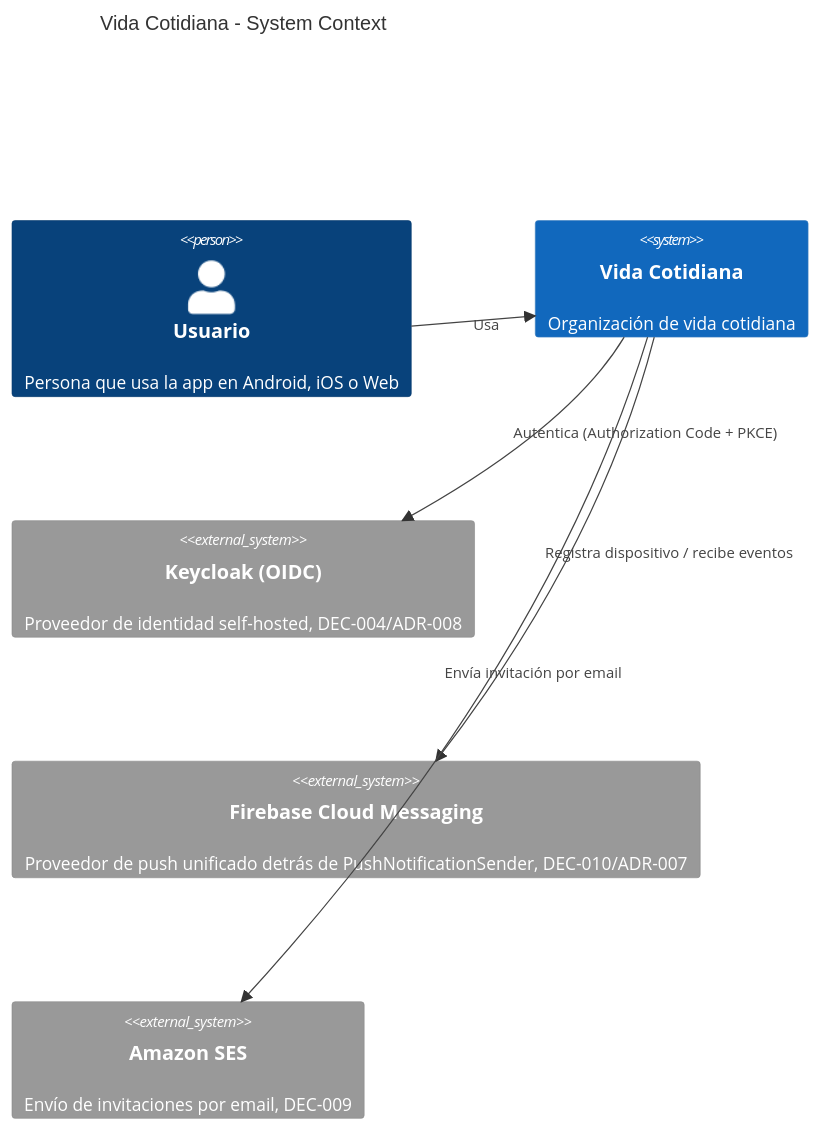
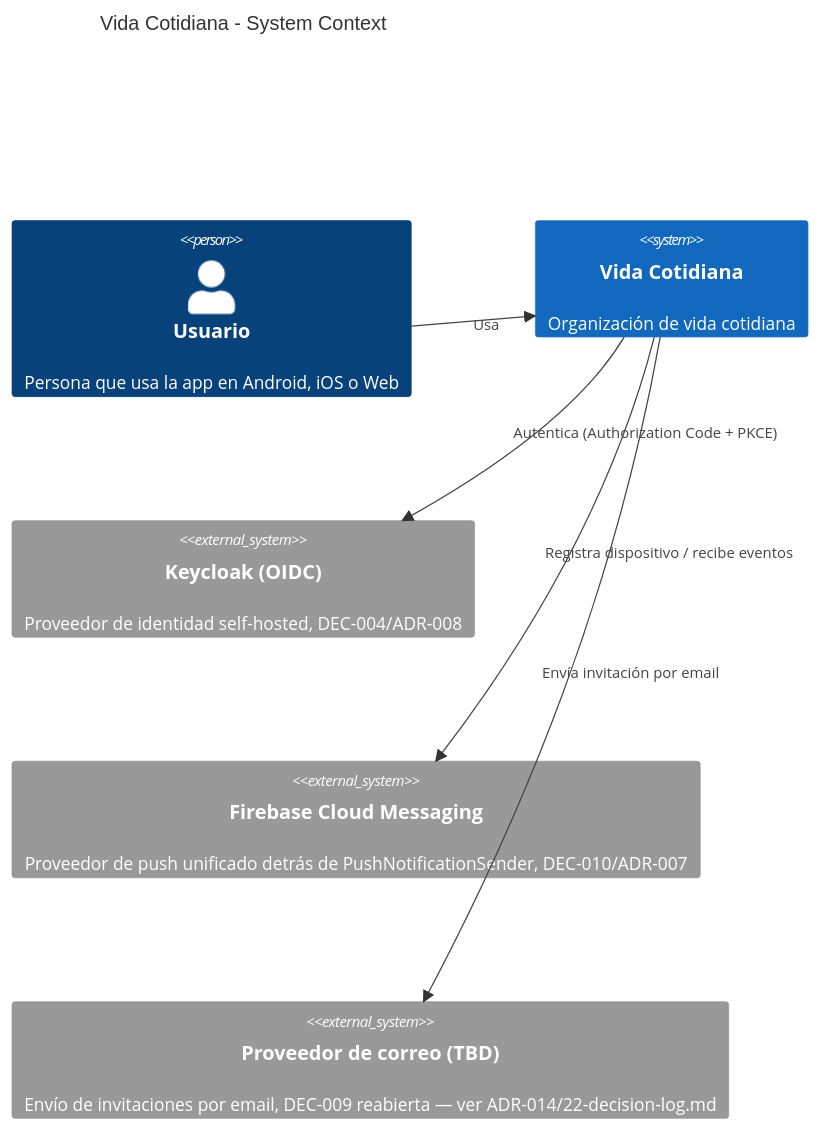
The first of 2 diagrams in Documentacion/06-c4.md (davidrobles1/Agenda-Vida-Cotidiana), drawn with Mermaid before and after one commit. The commit also changed other lines of this file and 10 other files, not shown here.

First line of the commit message:
docs: correct infrastructure decision — AWS to self-hosted (ADR-014)

````diff
--- a/Documentacion/06-c4.md
+++ b/Documentacion/06-c4.md
@@ -6,13 +6,13 @@
 ```mermaid
 C4Context
 title Vida Cotidiana - System Context
 Person(user, "Usuario", "Persona que usa la app en Android, iOS o Web")
 System(app, "Vida Cotidiana", "Organización de vida cotidiana")
 System_Ext(identity, "Keycloak (OIDC)", "Proveedor de identidad self-hosted, DEC-004/ADR-008")
 System_Ext(push, "Firebase Cloud Messaging", "Proveedor de push unificado detrás de PushNotificationSender, DEC-010/ADR-007")
-System_Ext(mail, "Amazon SES", "Envío de invitaciones por email, DEC-009")
+System_Ext(mail, "Proveedor de correo (TBD)", "Envío de invitaciones por email, DEC-009 reabierta — ver ADR-014/22-decision-log.md")
 Rel(user, app, "Usa")
 Rel(app, identity, "Autentica (Authorization Code + PKCE)")
 Rel(app, push, "Registra dispositivo / recibe eventos")
 Rel(app, mail, "Envía invitación por email")
 ```
````
